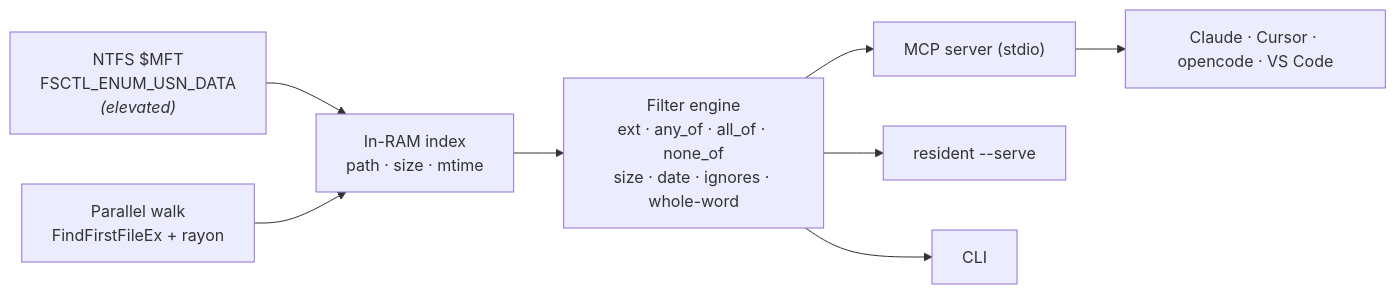
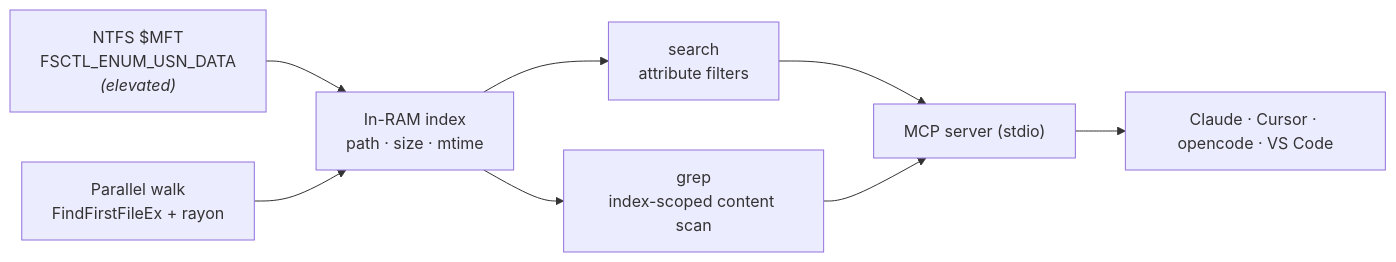
The diagram in README.md (adisingh396/fastfind), drawn with Mermaid before and after one commit. The commit also changed other lines of this file, not shown here.

Commit message:
docs: MCP-first README with search + grep tools; drop citation markers, dedupe

````diff
--- a/README.md
+++ b/README.md
@@ -117,10 +113,10 @@
 ```mermaid
 flowchart LR
   MFT["NTFS $MFT<br/>FSCTL_ENUM_USN_DATA<br/><i>(elevated)</i>"] --> IDX
   WALK["Parallel walk<br/>FindFirstFileEx + rayon"] --> IDX
-  IDX["In-RAM index<br/>path · size · mtime"] --> Q["Filter engine<br/>ext · any_of · all_of · none_of<br/>size · date · ignores · whole-word"]
-  Q --> MCP["MCP server (stdio)"]
-  Q --> SERVE["resident --serve"]
-  Q --> CLI["CLI"]
+  IDX["In-RAM index<br/>path · size · mtime"] --> S["search<br/>attribute filters"]
+  IDX --> G["grep<br/>index-scoped content scan"]
+  S --> MCP["MCP server (stdio)"]
+  G --> MCP
   MCP --> AGENTS["Claude · Cursor · opencode · VS Code"]
 ```
````
